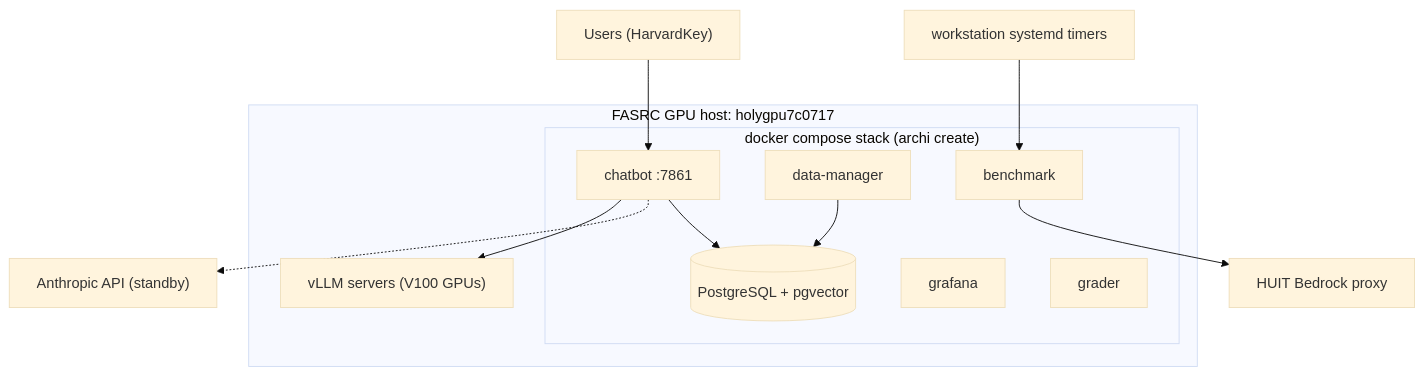
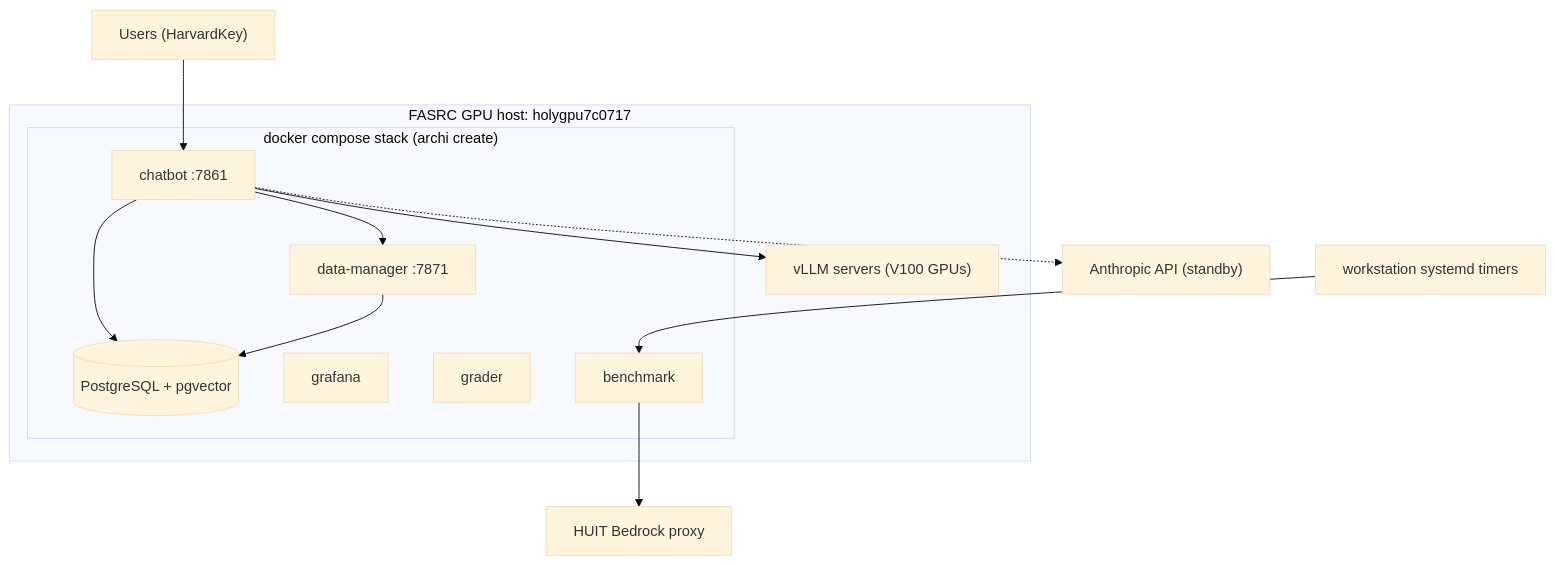
Before and after one commit to fasrc/archi: the first of 3 diagrams in docs/docs/proposals/aws-migration-plan.md, drawn with Mermaid (base theme). The commit also changed other lines of this file, not shown here.

````diff
--- a/docs/docs/proposals/aws-migration-plan.md
+++ b/docs/docs/proposals/aws-migration-plan.md
@@ -61,25 +82,26 @@
 ```mermaid
 flowchart TB
     users["Users (HarvardKey)"]
     subgraph host["FASRC GPU host: holygpu7c0717"]
         subgraph compose["docker compose stack (archi create)"]
             chat["chatbot :7861"]
-            dm["data-manager"]
+            dm["data-manager :7871"]
             pg[("PostgreSQL + pgvector")]
             graf["grafana"]
             grader["grader"]
             bench["benchmark"]
         end
         vllm["vLLM servers (V100 GPUs)"]
     end
     ws["workstation systemd timers"]
     huit["HUIT Bedrock proxy"]
     anth["Anthropic API (standby)"]
     users --> chat
     chat --> vllm
     chat -.-> anth
     chat --> pg
+    chat --> dm
     dm --> pg
     bench --> huit
     ws --> bench
 ```
````
